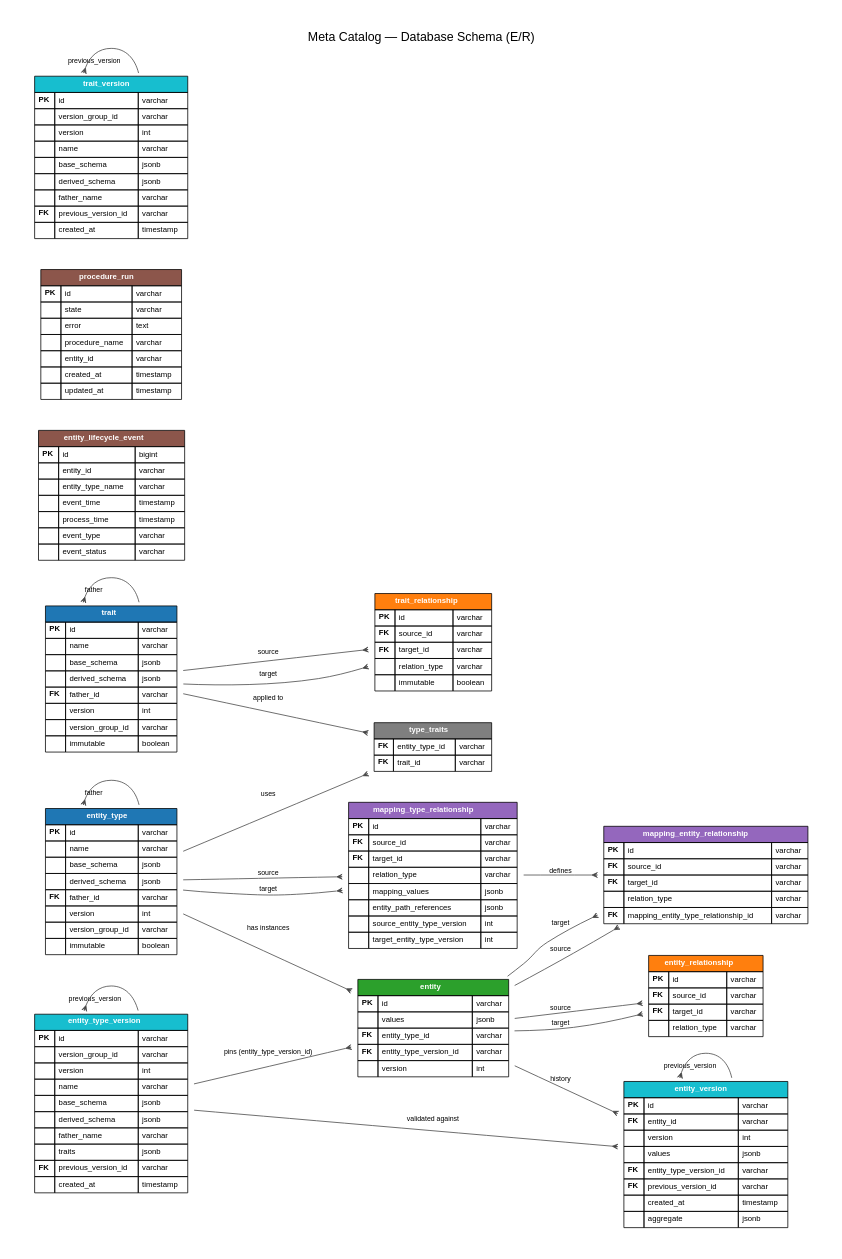
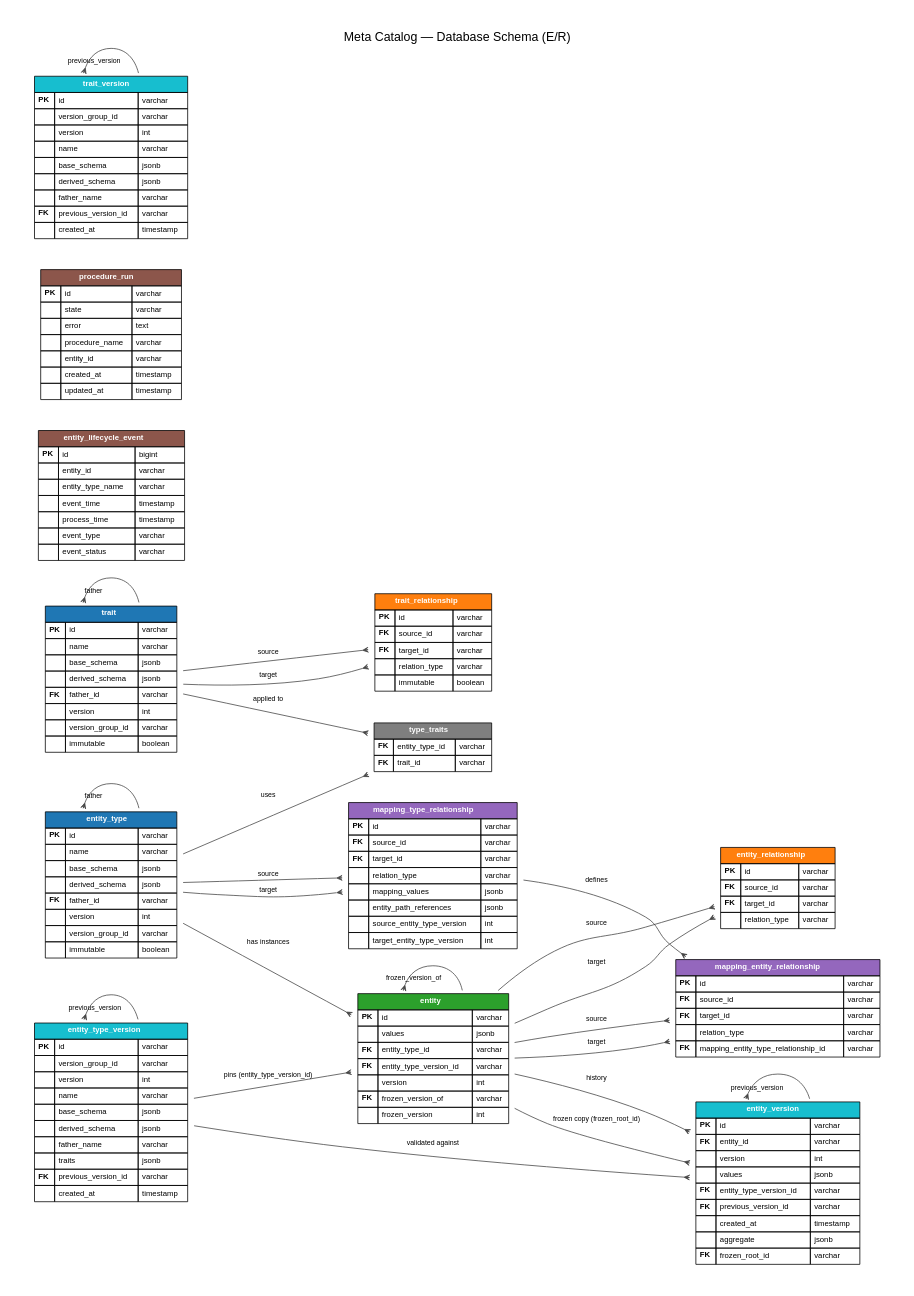
Before and after one commit to dgreco/metacatalog: the diagram in docs/er-diagram.dot, drawn with Graphviz. The commit also changed 37 other files, not shown here.

```diff
--- a/docs/er-diagram.dot
+++ b/docs/er-diagram.dot
@@ -60,6 +60,8 @@
             <TR><TD ALIGN="LEFT"><B>FK</B></TD><TD ALIGN="LEFT">entity_type_id</TD><TD ALIGN="LEFT">varchar</TD></TR>
             <TR><TD ALIGN="LEFT"><B>FK</B></TD><TD ALIGN="LEFT">entity_type_version_id</TD><TD ALIGN="LEFT">varchar</TD></TR>
             <TR><TD></TD><TD ALIGN="LEFT">version</TD><TD ALIGN="LEFT">int</TD></TR>
+            <TR><TD ALIGN="LEFT"><B>FK</B></TD><TD ALIGN="LEFT">frozen_version_of</TD><TD ALIGN="LEFT">varchar</TD></TR>
+            <TR><TD></TD><TD ALIGN="LEFT">frozen_version</TD><TD ALIGN="LEFT">int</TD></TR>
         </TABLE>
     >];
 
@@ -74,6 +76,7 @@
             <TR><TD ALIGN="LEFT"><B>FK</B></TD><TD ALIGN="LEFT">previous_version_id</TD><TD ALIGN="LEFT">varchar</TD></TR>
             <TR><TD></TD><TD ALIGN="LEFT">created_at</TD><TD ALIGN="LEFT">timestamp</TD></TR>
             <TR><TD></TD><TD ALIGN="LEFT">aggregate</TD><TD ALIGN="LEFT">jsonb</TD></TR>
+            <TR><TD ALIGN="LEFT"><B>FK</B></TD><TD ALIGN="LEFT">frozen_root_id</TD><TD ALIGN="LEFT">varchar</TD></TR>
         </TABLE>
     >];
 
@@ -200,4 +203,6 @@
     entity             -> entity_version     [arrowhead=crow,  label="history"];
     entity_type_version -> entity_version    [arrowhead=crow,  label="validated against"];
     entity_version     -> entity_version     [taillabel="previous_version", labeldistance=2, dir=back, arrowtail=crow];
+    entity             -> entity             [taillabel="frozen_version_of", labeldistance=2, dir=back, arrowtail=crow];
+    entity             -> entity_version     [arrowhead=crow,  label="frozen copy (frozen_root_id)"];
 }
```
